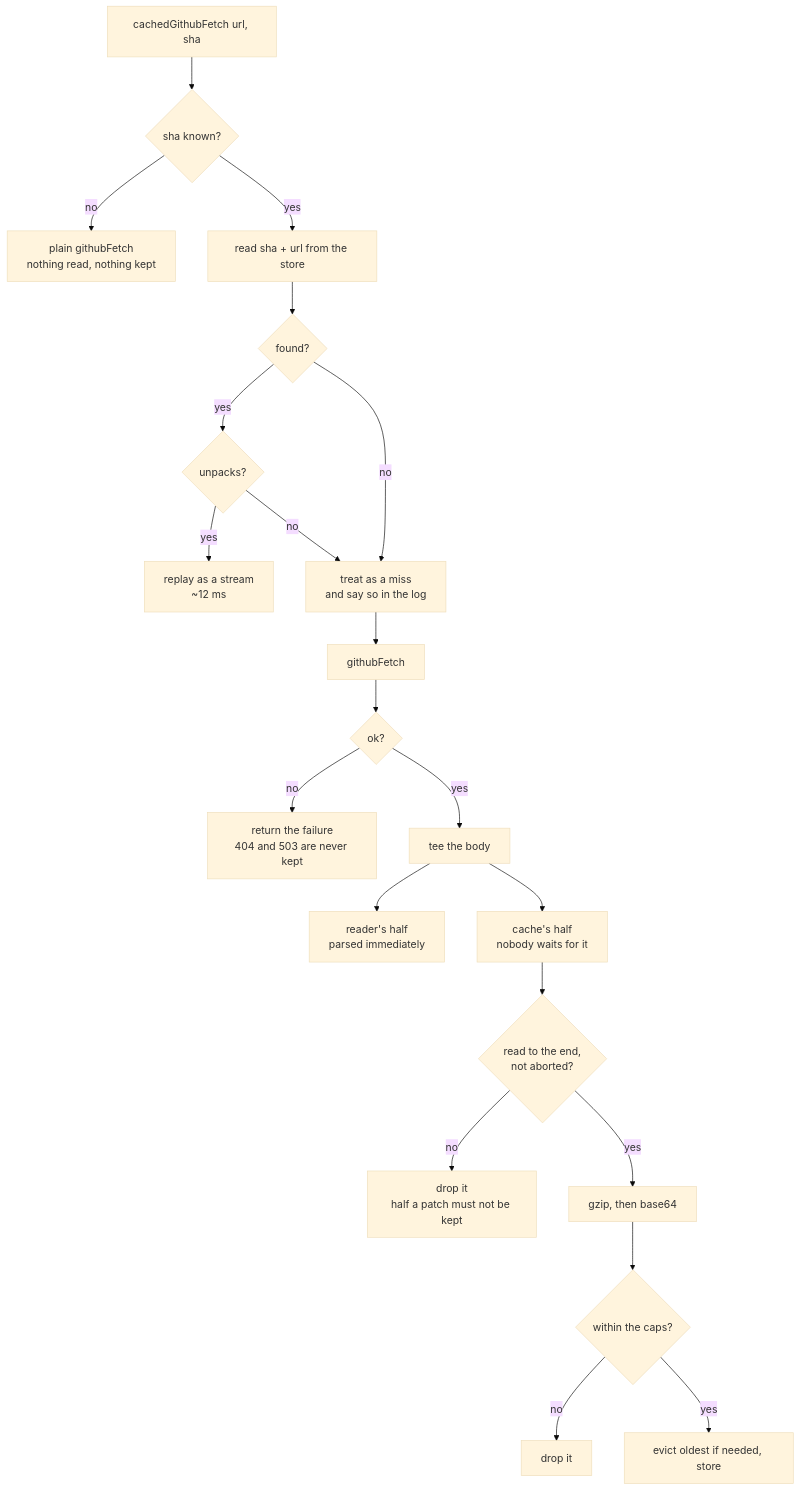
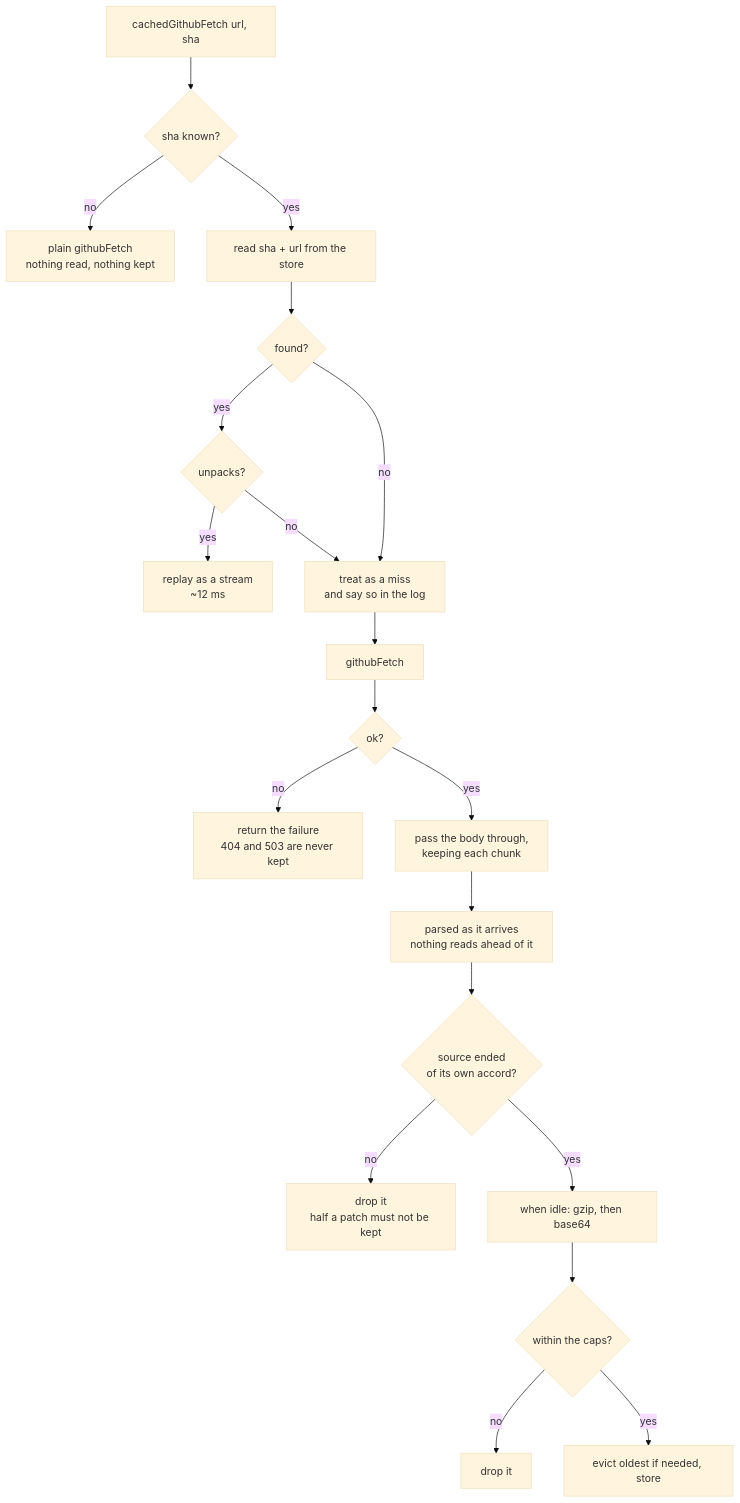
The first of 2 diagrams in docs/caching.md (jantimon/diffshub-for-github), drawn with Mermaid (base theme) before and after one commit. The commit also changed other lines of this file and 7 other files, not shown here.

````diff
--- a/docs/caching.md
+++ b/docs/caching.md
@@ -24,23 +24,22 @@
 ```mermaid
 flowchart TD
     A[cachedGithubFetch url, sha] --> B{sha known?}
     B -- no --> Z[plain githubFetch<br/>nothing read, nothing kept]
     B -- yes --> C[read sha + url from the store]
     C --> D{found?}
     D -- yes --> E{unpacks?}
     E -- yes --> F[replay as a stream<br/>~12 ms]
     E -- no --> G[treat as a miss<br/>and say so in the log]
     D -- no --> G
     G --> H[githubFetch]
     H --> I{ok?}
     I -- no --> J[return the failure<br/>404 and 503 are never kept]
-    I -- yes --> K[tee the body]
-    K --> L[reader's half<br/>parsed immediately]
-    K --> M[cache's half<br/>nobody waits for it]
-    M --> N{read to the end,<br/>not aborted?}
+    I -- yes --> K[pass the body through,<br/>keeping each chunk]
+    K --> L[parsed as it arrives<br/>nothing reads ahead of it]
+    L --> N{source ended<br/>of its own accord?}
     N -- no --> O[drop it<br/>half a patch must not be kept]
-    N -- yes --> P[gzip, then base64]
+    N -- yes --> P[when idle: gzip, then base64]
     P --> Q{within the caps?}
     Q -- no --> R[drop it]
     Q -- yes --> S[evict oldest if needed, store]
 ```
````
